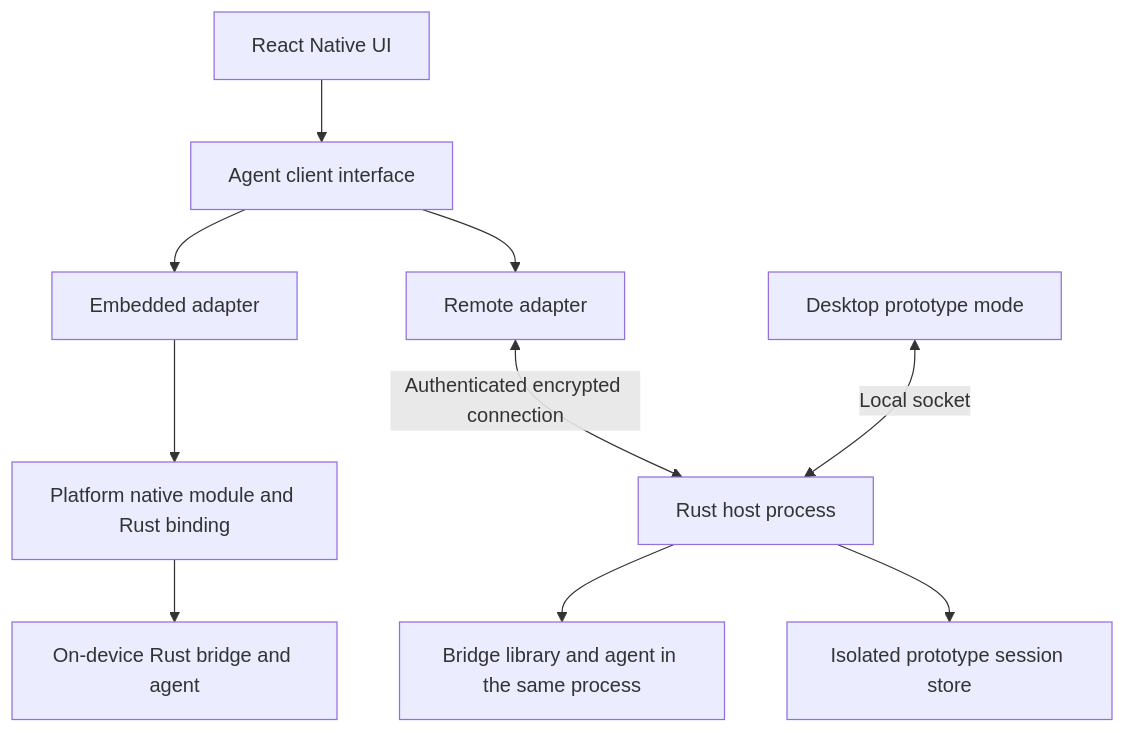
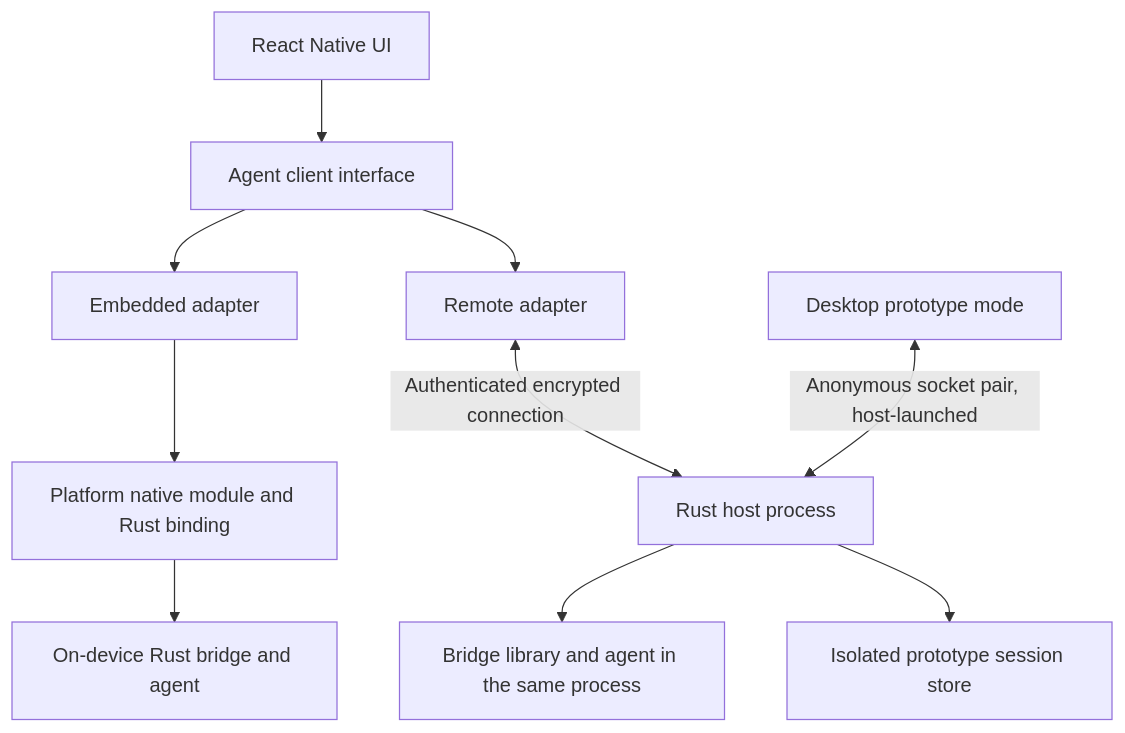
One commit to brave/bravebot changed the diagram in docs/design/mobile/architecture.md. Above: the diagram before and after it, drawn with Mermaid. The commit also changed other lines of this file and 4 other files, not shown here.

````diff
--- a/docs/design/mobile/architecture.md
+++ b/docs/design/mobile/architecture.md
@@ -11,12 +11,12 @@
 ```mermaid
 flowchart TD
     UI[React Native UI] --> C[Agent client interface]
     C --> E[Embedded adapter]
     E --> N[Platform native module and Rust binding]
     N --> A[On-device Rust bridge and agent]
     C --> R[Remote adapter]
     R <-->|Authenticated encrypted connection| H[Rust host process]
-    D[Desktop prototype mode] <-->|Local socket| H
+    D[Desktop prototype mode] <-->|Anonymous socket pair, host-launched| H
     H --> B[Bridge library and agent in the same process]
     H --> S[Isolated prototype session store]
 ```
````
